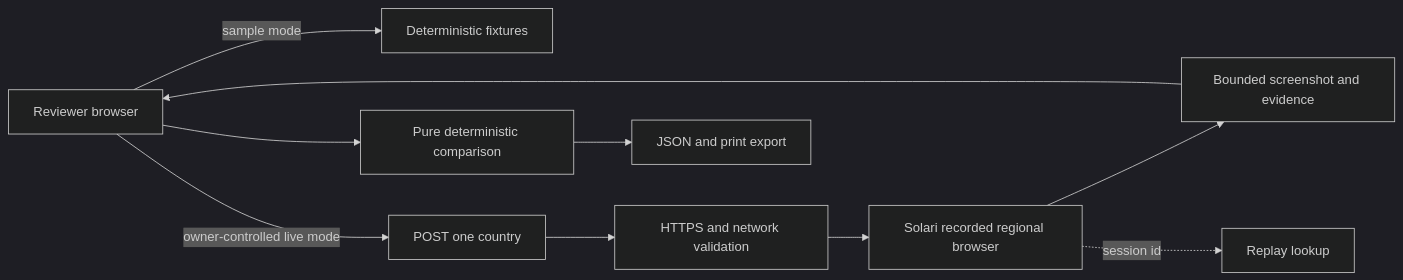
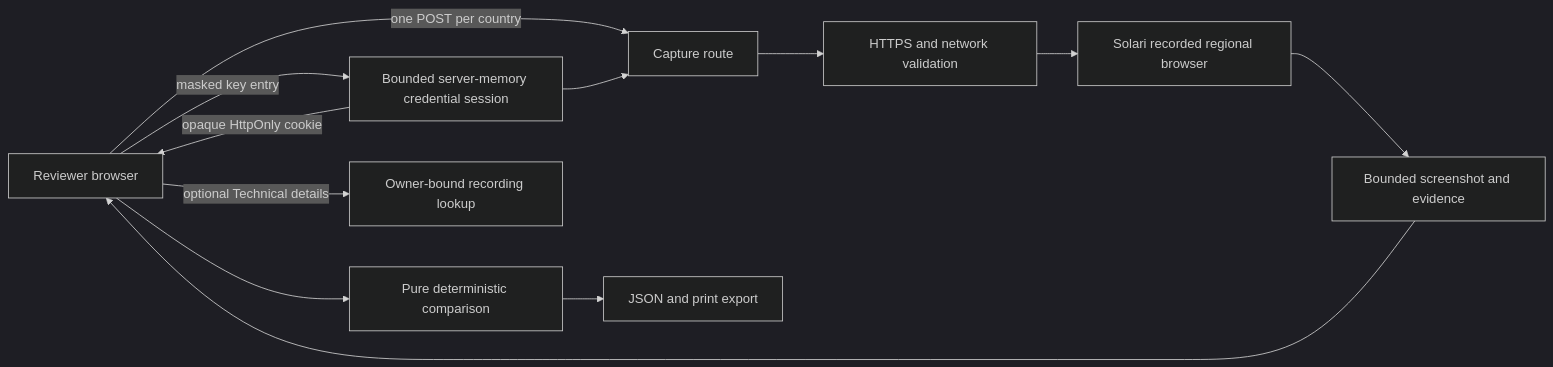
Before and after one commit to Billy-I/solari-cookbook: the diagram in docs/EXECUTION_INDEX.md, drawn with Mermaid (dark theme). The commit also changed other lines of this file and 20 other files, not shown here.

Commit message:
feat(localelens): finalize recording UI and reviewer handoff

````diff
--- a/docs/EXECUTION_INDEX.md
+++ b/docs/EXECUTION_INDEX.md
@@ -65,12 +75,14 @@
 ```mermaid
 flowchart LR
-  U[Reviewer browser] -->|sample mode| F[Deterministic fixtures]
-  U -->|owner-controlled live mode| R[POST one country]
+  U[Reviewer browser] -->|masked key entry| K[Bounded server-memory credential session]
+  K -->|opaque HttpOnly cookie| U
+  U -->|one POST per country| R[Capture route]
+  K --> R
   R --> V[HTTPS and network validation]
   V --> S[Solari recorded regional browser]
   S --> E[Bounded screenshot and evidence]
   E --> U
   U --> D[Pure deterministic comparison]
   D --> X[JSON and print export]
-  S -. session id .-> P[Replay lookup]
+  U -->|optional Technical details| P[Owner-bound recording lookup]
 ```
````
